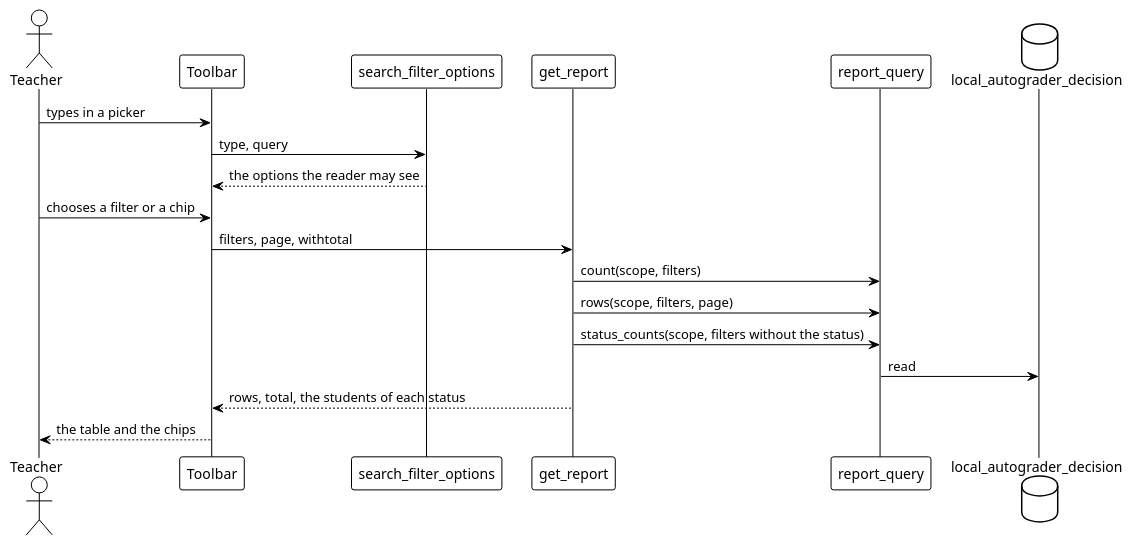
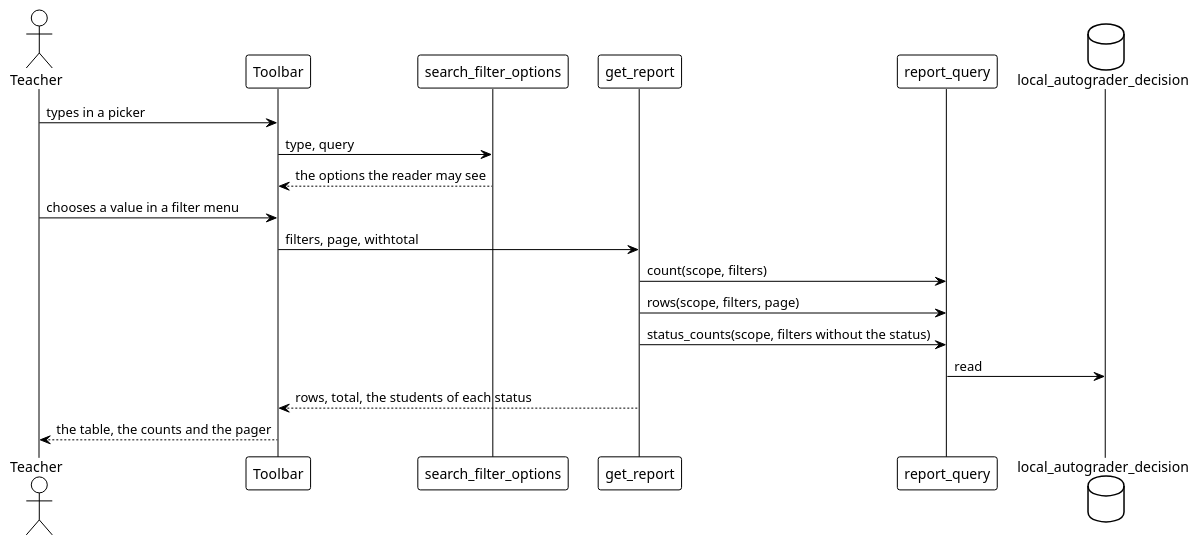
Before and after one commit to didactika/moodle-report_autograder: the diagram in docs/en/technical/design/use-cases/narrowReport/sequence.puml, drawn with PlantUML. The commit also changed 52 other files, not shown here.

First line of the commit message:
docs: the filter menus, the pager, the guided tour and its setting

```diff
--- a/docs/en/technical/design/use-cases/narrowReport/sequence.puml
+++ b/docs/en/technical/design/use-cases/narrowReport/sequence.puml
@@ -1,25 +1,25 @@
 @startuml
 !theme plain
 skinparam linetype polyline
 skinparam responseMessageBelowArrow true
 
 actor "Teacher" as actor
 participant "Toolbar" as ui
 participant "search_filter_options" as search
 participant "get_report" as service
 participant "report_query" as query
 database "local_autograder_decision" as table
 
 actor -> ui : types in a picker
 ui -> search : type, query
 search --> ui : the options the reader may see
-actor -> ui : chooses a filter or a chip
+actor -> ui : chooses a value in a filter menu
 ui -> service : filters, page, withtotal
 service -> query : count(scope, filters)
 service -> query : rows(scope, filters, page)
 service -> query : status_counts(scope, filters without the status)
 query -> table : read
 service --> ui : rows, total, the students of each status
-ui --> actor : the table and the chips
+ui --> actor : the table, the counts and the pager
 
 @enduml
```
